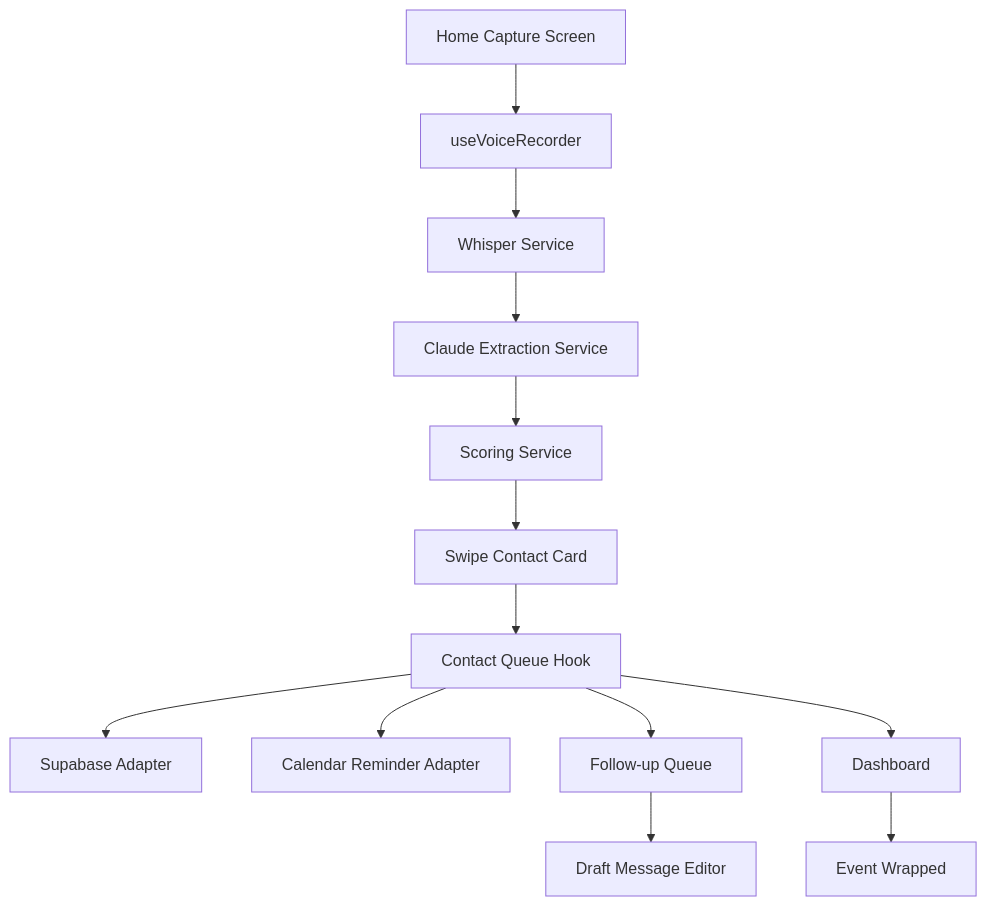
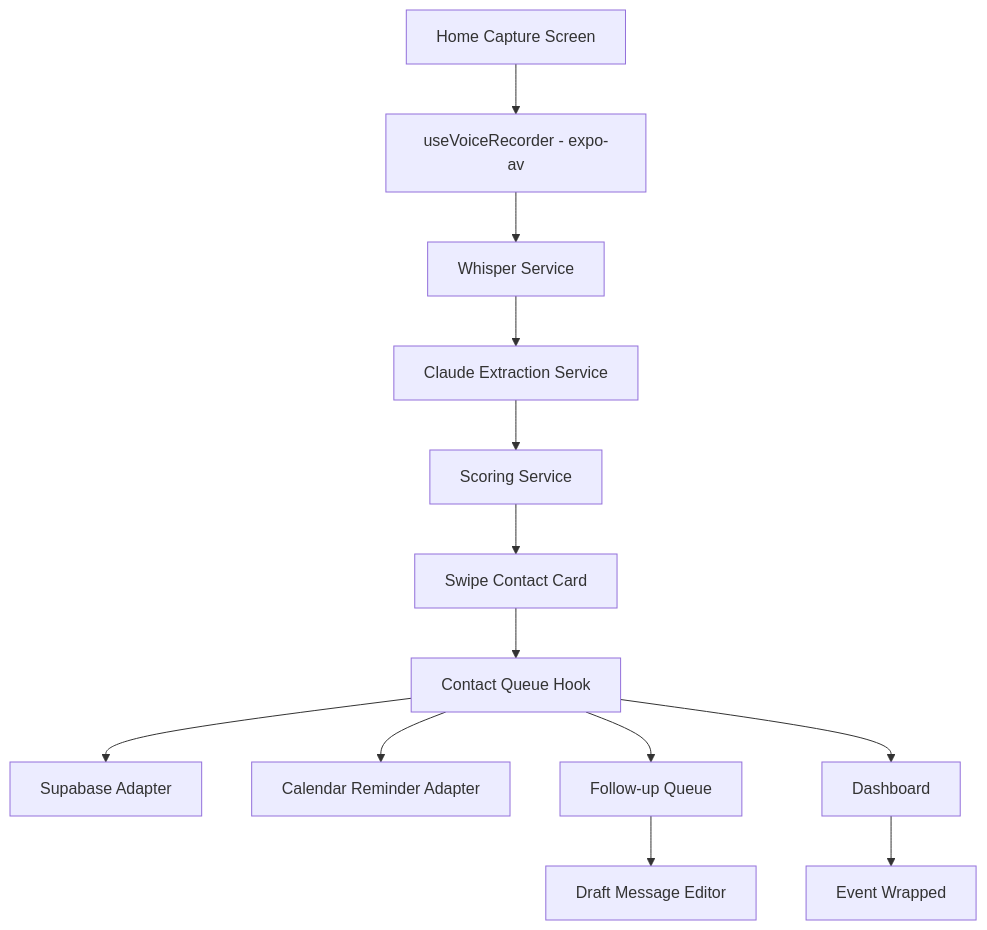
The diagram in ARCHITECTURE.md (shrey-Bish/Ghosty), drawn with Mermaid before and after one commit. The commit also changed other lines of this file and 13 other files, not shown here.

````diff
--- a/ARCHITECTURE.md
+++ b/ARCHITECTURE.md
@@ -3,15 +3,15 @@
 ```mermaid
 flowchart TD
-  A[Home Capture Screen] --> B[useVoiceRecorder]
+  A[Home Capture Screen] --> B[useVoiceRecorder - expo-av]
   B --> C[Whisper Service]
   C --> D[Claude Extraction Service]
   D --> E[Scoring Service]
   E --> F[Swipe Contact Card]
   F --> G[Contact Queue Hook]
   G --> H[Supabase Adapter]
   G --> I[Calendar Reminder Adapter]
   G --> J[Follow-up Queue]
   G --> K[Dashboard]
   J --> L[Draft Message Editor]
   K --> M[Event Wrapped]
 ```
````
